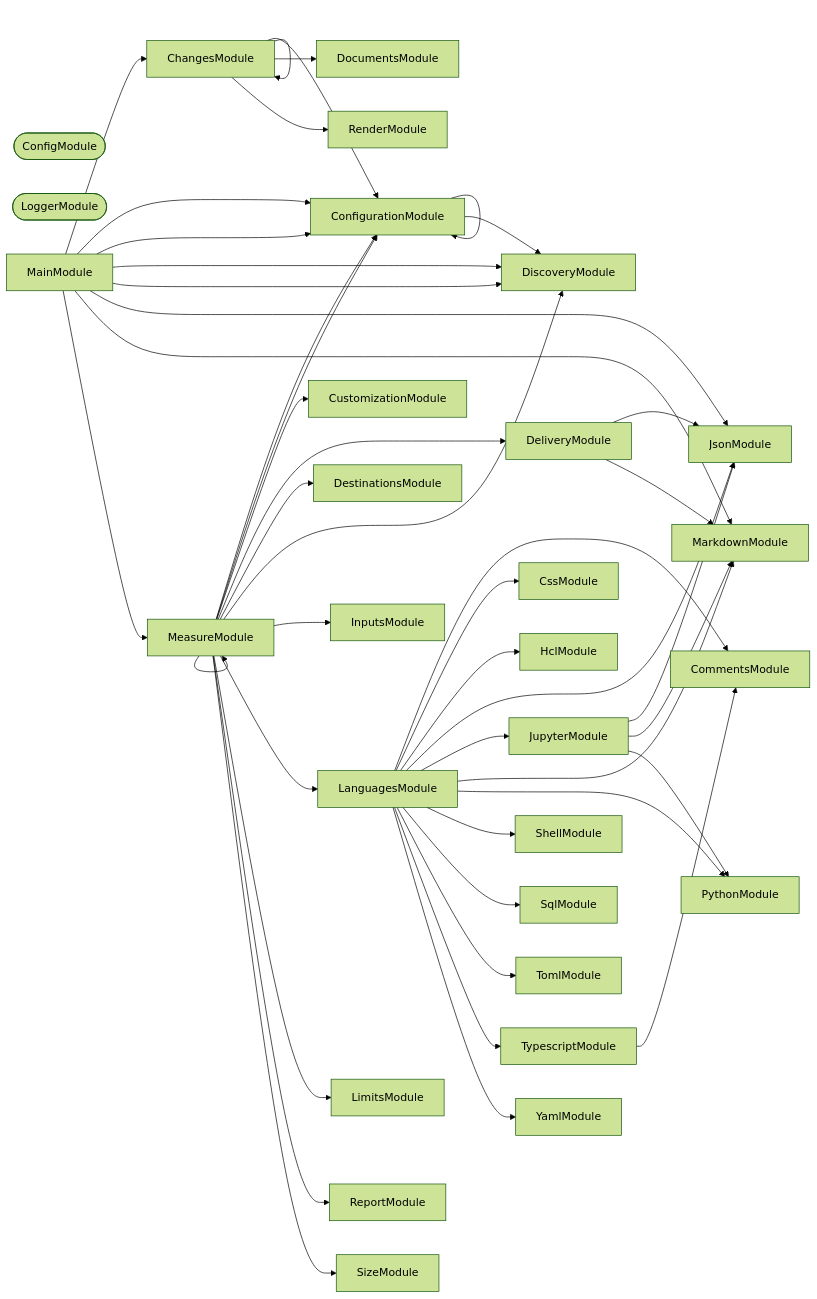
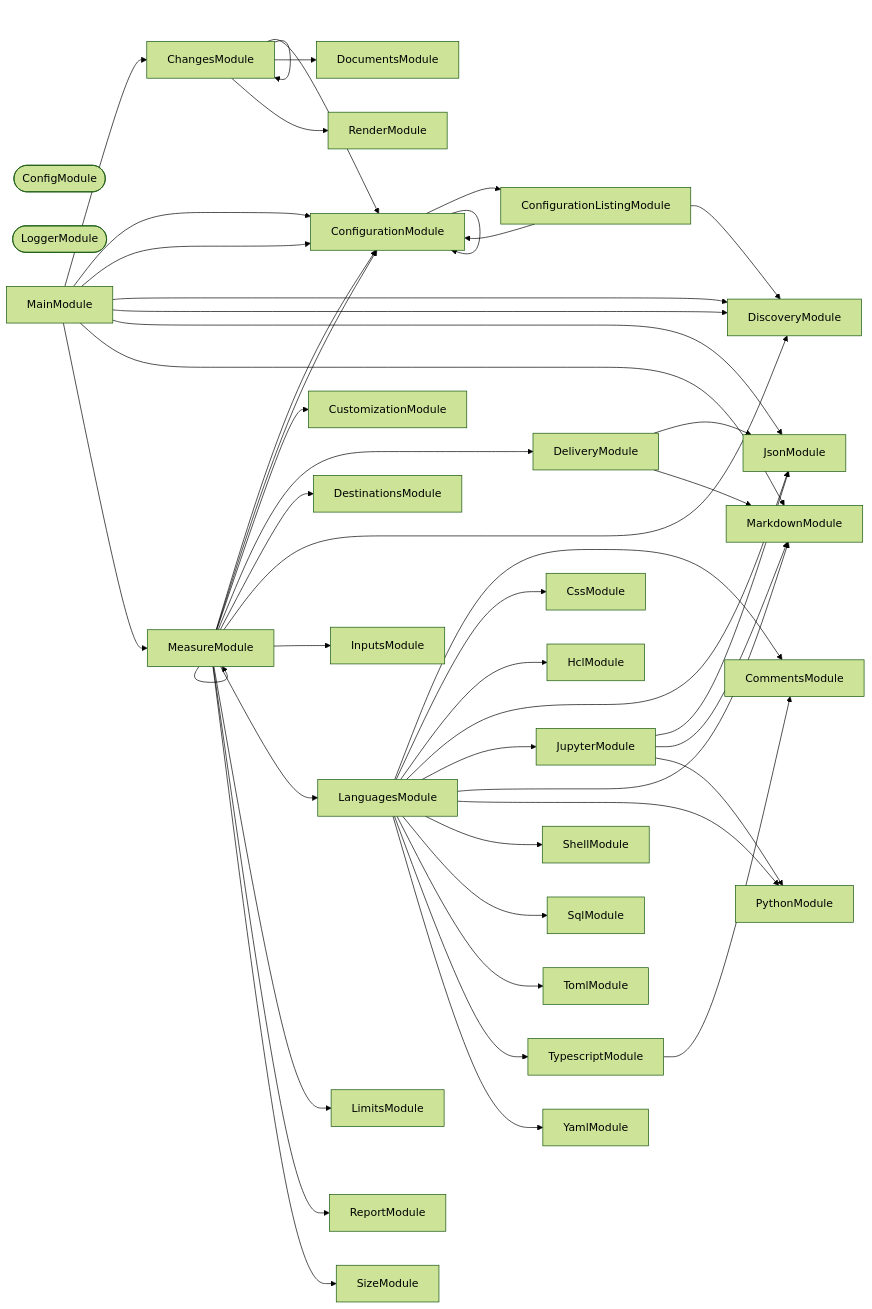
The second of 3 diagrams in packages/ic-suite/codometer/codometer-cli/README.md (JimmyPaolini/codebase), drawn with Mermaid (forest theme) before and after one commit. The commit also changed 14 other files, not shown here.

````diff
--- a/packages/ic-suite/codometer/codometer-cli/README.md
+++ b/packages/ic-suite/codometer/codometer-cli/README.md
@@ -886,78 +886,79 @@
 ```mermaid
 flowchart LR
   ChangesModule
   CommentsModule
   ConfigModule([ConfigModule])
+  ConfigurationListingModule
   ConfigurationModule
   CssModule
   CustomizationModule
   DeliveryModule
   DestinationsModule
   DiscoveryModule
   DocumentsModule
   HclModule
   InputsModule
   JsonModule
   JupyterModule
   LanguagesModule
   LimitsModule
   LoggerModule([LoggerModule])
   MainModule
   MarkdownModule
   MeasureModule
   PythonModule
   RenderModule
   ReportModule
   ShellModule
   SizeModule
   SqlModule
   TomlModule
   TypescriptModule
   YamlModule
   ChangesModule --> ChangesModule
   ChangesModule --> ConfigurationModule
   ChangesModule --> DocumentsModule
   ChangesModule --> RenderModule
+  ConfigurationListingModule --> ConfigurationModule
+  ConfigurationListingModule --> DiscoveryModule
+  ConfigurationModule --> ConfigurationListingModule
   ConfigurationModule --> ConfigurationModule
-  ConfigurationModule --> ConfigurationModule
-  ConfigurationModule --> ConfigurationModule
-  ConfigurationModule --> DiscoveryModule
   DeliveryModule --> JsonModule
   DeliveryModule --> MarkdownModule
   JupyterModule --> JsonModule
   JupyterModule --> MarkdownModule
   JupyterModule --> PythonModule
   LanguagesModule --> CommentsModule
   LanguagesModule --> CssModule
   LanguagesModule --> HclModule
   LanguagesModule --> JsonModule
   LanguagesModule --> JupyterModule
   LanguagesModule --> MarkdownModule
   LanguagesModule --> PythonModule
   LanguagesModule --> ShellModule
   LanguagesModule --> SqlModule
   LanguagesModule --> TomlModule
   LanguagesModule --> TypescriptModule
   LanguagesModule --> YamlModule
   MainModule --> ChangesModule
   MainModule --> ConfigurationModule
   MainModule --> ConfigurationModule
   MainModule --> DiscoveryModule
   MainModule --> DiscoveryModule
   MainModule --> JsonModule
   MainModule --> MarkdownModule
   MainModule --> MeasureModule
   MeasureModule --> ConfigurationModule
   MeasureModule --> ConfigurationModule
   MeasureModule --> CustomizationModule
   MeasureModule --> DeliveryModule
   MeasureModule --> DestinationsModule
   MeasureModule --> DiscoveryModule
   MeasureModule --> InputsModule
   MeasureModule --> LanguagesModule
   MeasureModule --> LimitsModule
   MeasureModule --> MeasureModule
   MeasureModule --> ReportModule
   MeasureModule --> SizeModule
   TypescriptModule --> CommentsModule
 ```
````
